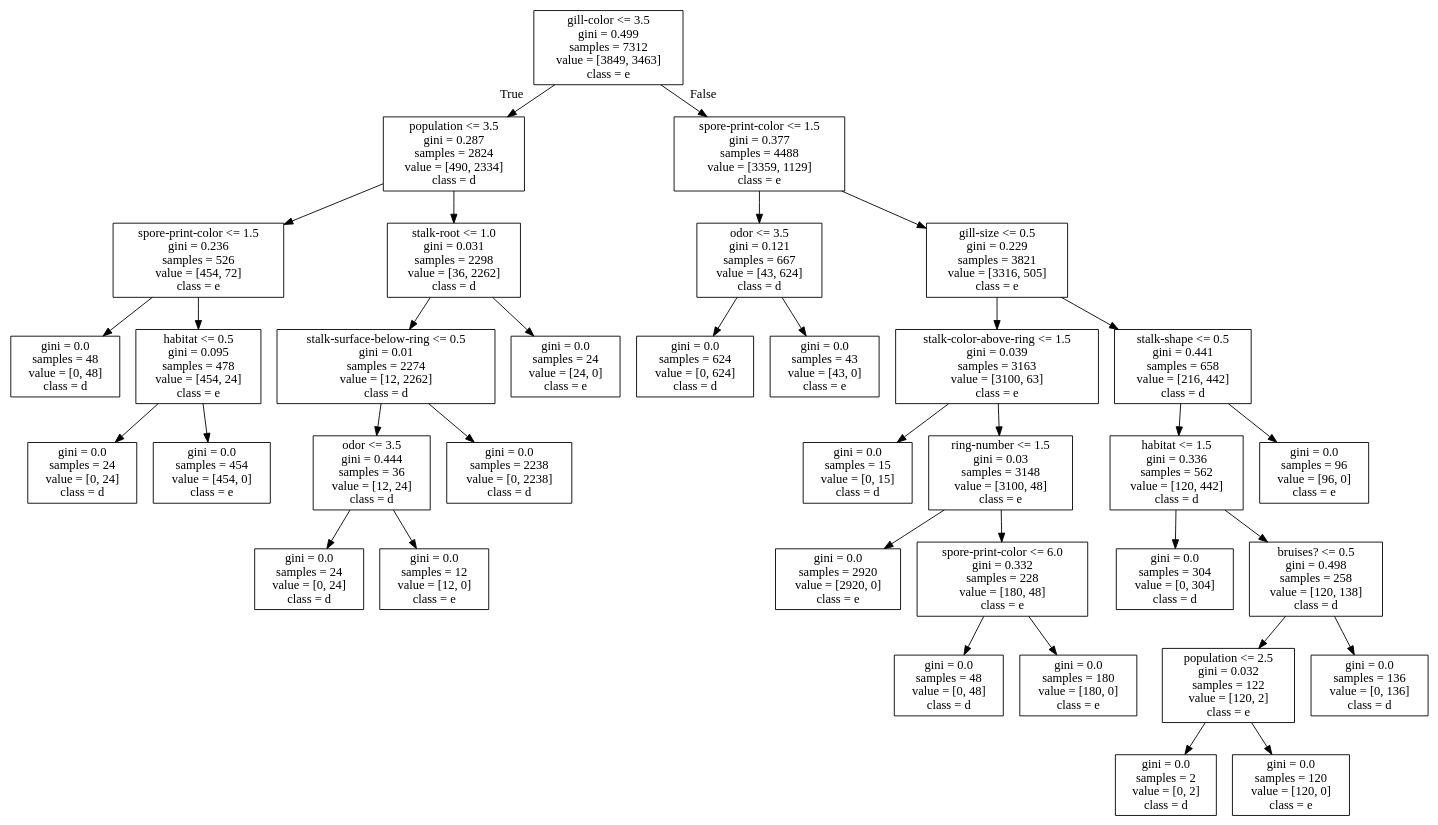
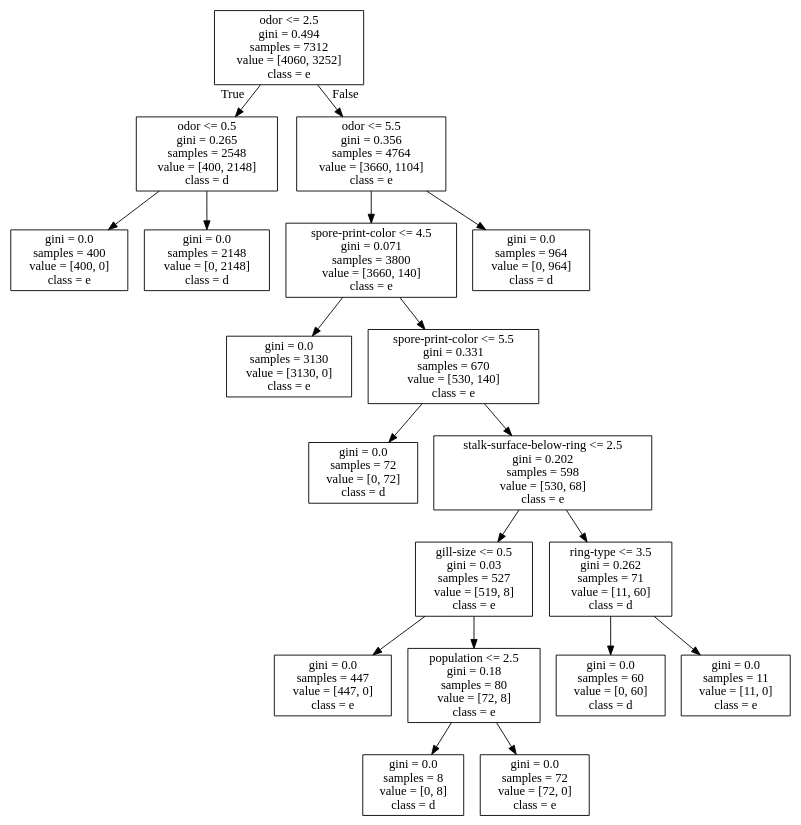
The diagram in notebooks/CART.gv (AlirezaParchami/Rule-Extraction-Using-ID3-and-CART-and-KNN-Text-Classification), drawn with Graphviz before and after one commit. The commit also changed 8 other files, not shown here.

```diff
--- a/notebooks/CART.gv
+++ b/notebooks/CART.gv
@@ -1,72 +1,40 @@
 digraph Tree {
 node [shape=box] ;
-0 [label="gill-color <= 3.5\ngini = 0.499\nsamples = 7312\nvalue = [3849, 3463]\nclass = e"] ;
-1 [label="population <= 3.5\ngini = 0.287\nsamples = 2824\nvalue = [490, 2334]\nclass = d"] ;
+0 [label="odor <= 2.5\ngini = 0.494\nsamples = 7312\nvalue = [4060, 3252]\nclass = e"] ;
+1 [label="odor <= 0.5\ngini = 0.265\nsamples = 2548\nvalue = [400, 2148]\nclass = d"] ;
 0 -> 1 [labeldistance=2.5, labelangle=45, headlabel="True"] ;
-2 [label="spore-print-color <= 1.5\ngini = 0.236\nsamples = 526\nvalue = [454, 72]\nclass = e"] ;
+2 [label="gini = 0.0\nsamples = 400\nvalue = [400, 0]\nclass = e"] ;
 1 -> 2 ;
-3 [label="gini = 0.0\nsamples = 48\nvalue = [0, 48]\nclass = d"] ;
-2 -> 3 ;
-4 [label="habitat <= 0.5\ngini = 0.095\nsamples = 478\nvalue = [454, 24]\nclass = e"] ;
-2 -> 4 ;
-5 [label="gini = 0.0\nsamples = 24\nvalue = [0, 24]\nclass = d"] ;
+3 [label="gini = 0.0\nsamples = 2148\nvalue = [0, 2148]\nclass = d"] ;
+1 -> 3 ;
+4 [label="odor <= 5.5\ngini = 0.356\nsamples = 4764\nvalue = [3660, 1104]\nclass = e"] ;
+0 -> 4 [labeldistance=2.5, labelangle=-45, headlabel="False"] ;
+5 [label="spore-print-color <= 4.5\ngini = 0.071\nsamples = 3800\nvalue = [3660, 140]\nclass = e"] ;
 4 -> 5 ;
-6 [label="gini = 0.0\nsamples = 454\nvalue = [454, 0]\nclass = e"] ;
-4 -> 6 ;
-7 [label="stalk-root <= 1.0\ngini = 0.031\nsamples = 2298\nvalue = [36, 2262]\nclass = d"] ;
-1 -> 7 ;
-8 [label="stalk-surface-below-ring <= 0.5\ngini = 0.01\nsamples = 2274\nvalue = [12, 2262]\nclass = d"] ;
+6 [label="gini = 0.0\nsamples = 3130\nvalue = [3130, 0]\nclass = e"] ;
+5 -> 6 ;
+7 [label="spore-print-color <= 5.5\ngini = 0.331\nsamples = 670\nvalue = [530, 140]\nclass = e"] ;
+5 -> 7 ;
+8 [label="gini = 0.0\nsamples = 72\nvalue = [0, 72]\nclass = d"] ;
 7 -> 8 ;
-9 [label="odor <= 3.5\ngini = 0.444\nsamples = 36\nvalue = [12, 24]\nclass = d"] ;
-8 -> 9 ;
-10 [label="gini = 0.0\nsamples = 24\nvalue = [0, 24]\nclass = d"] ;
+9 [label="stalk-surface-below-ring <= 2.5\ngini = 0.202\nsamples = 598\nvalue = [530, 68]\nclass = e"] ;
+7 -> 9 ;
+10 [label="gill-size <= 0.5\ngini = 0.03\nsamples = 527\nvalue = [519, 8]\nclass = e"] ;
 9 -> 10 ;
-11 [label="gini = 0.0\nsamples = 12\nvalue = [12, 0]\nclass = e"] ;
-9 -> 11 ;
-12 [label="gini = 0.0\nsamples = 2238\nvalue = [0, 2238]\nclass = d"] ;
-8 -> 12 ;
-13 [label="gini = 0.0\nsamples = 24\nvalue = [24, 0]\nclass = e"] ;
-7 -> 13 ;
-14 [label="spore-print-color <= 1.5\ngini = 0.377\nsamples = 4488\nvalue = [3359, 1129]\nclass = e"] ;
-0 -> 14 [labeldistance=2.5, labelangle=-45, headlabel="False"] ;
-15 [label="odor <= 3.5\ngini = 0.121\nsamples = 667\nvalue = [43, 624]\nclass = d"] ;
-14 -> 15 ;
-16 [label="gini = 0.0\nsamples = 624\nvalue = [0, 624]\nclass = d"] ;
+11 [label="gini = 0.0\nsamples = 447\nvalue = [447, 0]\nclass = e"] ;
+10 -> 11 ;
+12 [label="population <= 2.5\ngini = 0.18\nsamples = 80\nvalue = [72, 8]\nclass = e"] ;
+10 -> 12 ;
+13 [label="gini = 0.0\nsamples = 8\nvalue = [0, 8]\nclass = d"] ;
+12 -> 13 ;
+14 [label="gini = 0.0\nsamples = 72\nvalue = [72, 0]\nclass = e"] ;
+12 -> 14 ;
+15 [label="ring-type <= 3.5\ngini = 0.262\nsamples = 71\nvalue = [11, 60]\nclass = d"] ;
+9 -> 15 ;
+16 [label="gini = 0.0\nsamples = 60\nvalue = [0, 60]\nclass = d"] ;
 15 -> 16 ;
-17 [label="gini = 0.0\nsamples = 43\nvalue = [43, 0]\nclass = e"] ;
+17 [label="gini = 0.0\nsamples = 11\nvalue = [11, 0]\nclass = e"] ;
 15 -> 17 ;
-18 [label="gill-size <= 0.5\ngini = 0.229\nsamples = 3821\nvalue = [3316, 505]\nclass = e"] ;
-14 -> 18 ;
-19 [label="stalk-color-above-ring <= 1.5\ngini = 0.039\nsamples = 3163\nvalue = [3100, 63]\nclass = e"] ;
-18 -> 19 ;
-20 [label="gini = 0.0\nsamples = 15\nvalue = [0, 15]\nclass = d"] ;
-19 -> 20 ;
-21 [label="ring-number <= 1.5\ngini = 0.03\nsamples = 3148\nvalue = [3100, 48]\nclass = e"] ;
-19 -> 21 ;
-22 [label="gini = 0.0\nsamples = 2920\nvalue = [2920, 0]\nclass = e"] ;
-21 -> 22 ;
-23 [label="spore-print-color <= 6.0\ngini = 0.332\nsamples = 228\nvalue = [180, 48]\nclass = e"] ;
-21 -> 23 ;
-24 [label="gini = 0.0\nsamples = 48\nvalue = [0, 48]\nclass = d"] ;
-23 -> 24 ;
-25 [label="gini = 0.0\nsamples = 180\nvalue = [180, 0]\nclass = e"] ;
-23 -> 25 ;
-26 [label="stalk-shape <= 0.5\ngini = 0.441\nsamples = 658\nvalue = [216, 442]\nclass = d"] ;
-18 -> 26 ;
-27 [label="habitat <= 1.5\ngini = 0.336\nsamples = 562\nvalue = [120, 442]\nclass = d"] ;
-26 -> 27 ;
-28 [label="gini = 0.0\nsamples = 304\nvalue = [0, 304]\nclass = d"] ;
-27 -> 28 ;
-29 [label="bruises? <= 0.5\ngini = 0.498\nsamples = 258\nvalue = [120, 138]\nclass = d"] ;
-27 -> 29 ;
-30 [label="population <= 2.5\ngini = 0.032\nsamples = 122\nvalue = [120, 2]\nclass = e"] ;
-29 -> 30 ;
-31 [label="gini = 0.0\nsamples = 2\nvalue = [0, 2]\nclass = d"] ;
-30 -> 31 ;
-32 [label="gini = 0.0\nsamples = 120\nvalue = [120, 0]\nclass = e"] ;
-30 -> 32 ;
-33 [label="gini = 0.0\nsamples = 136\nvalue = [0, 136]\nclass = d"] ;
-29 -> 33 ;
-34 [label="gini = 0.0\nsamples = 96\nvalue = [96, 0]\nclass = e"] ;
-26 -> 34 ;
+18 [label="gini = 0.0\nsamples = 964\nvalue = [0, 964]\nclass = d"] ;
+4 -> 18 ;
 }
```
